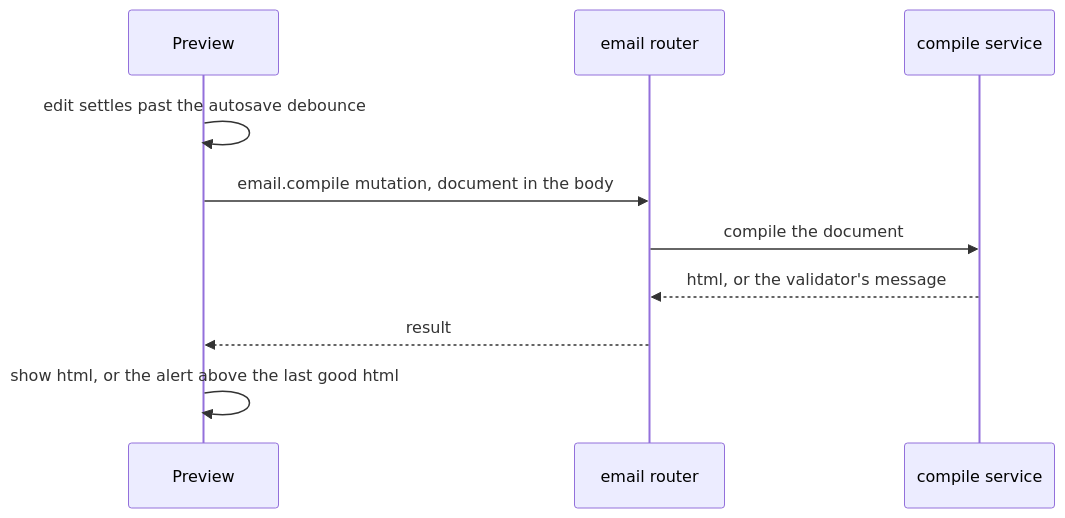
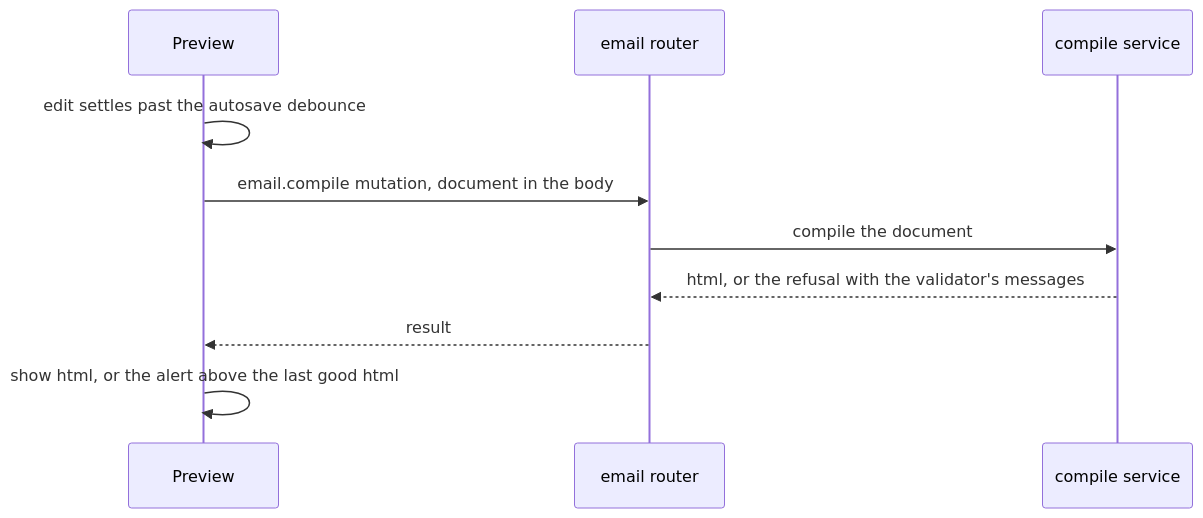
The diagram in openspec/specs/resource/page-builder/email/design.md (Esposter/Esposter), drawn with Mermaid before and after one commit. The commit also changed 1 other file, not shown here.

Commit message:
docs(resource-editor-guardrails): an email's validator message takes its level's severity and names no node
MJML gives no severity to a message, but the level a document is validated at decides whether it refuses the document, and the compile validates at strict, so its messages are errors. The validator validates the JSON form, whose messages have no line and name a tag many blocks share, so no message resolves to one block. The email's Preview sequence reads the refusal with its messages, now that the compile carries them.

````diff
--- a/openspec/specs/resource/page-builder/email/design.md
+++ b/openspec/specs/resource/page-builder/email/design.md
@@ -27,12 +27,12 @@
 ```mermaid
 sequenceDiagram
   participant P as Preview
   participant S as email router
   participant C as compile service
   P->>P: edit settles past the autosave debounce
   P->>S: email.compile mutation, document in the body
   S->>C: compile the document
-  C-->>S: html, or the validator's message
+  C-->>S: html, or the refusal with the validator's messages
   S-->>P: result
   P->>P: show html, or the alert above the last good html
 ```
````
